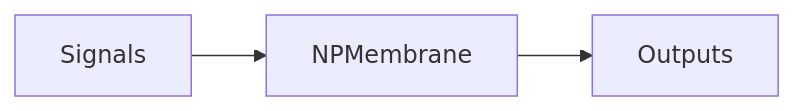
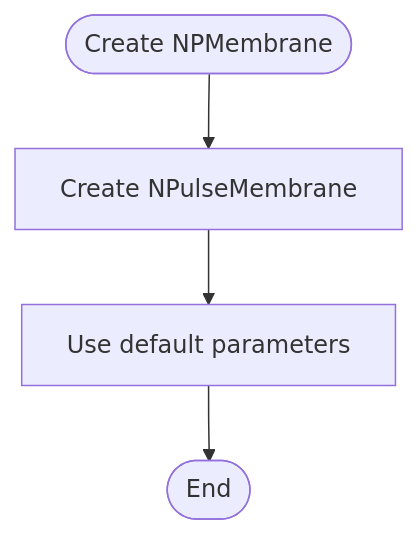
Before and after one commit to aicommunity/Nmsdk-PulseLib: the fifth of 6 diagrams in Docs/Components/NPMembrane.md, drawn with Mermaid. The commit also changed other lines of this file and 196 other files, not shown here.

````diff
--- a/Docs/Components/NPMembrane.md
+++ b/Docs/Components/NPMembrane.md
@@ -72,5 +136,6 @@
 ```mermaid
-flowchart LR
-    sig[Signals] --> x[NPMembrane]
-    x --> out[Outputs]
+flowchart TD
+    Start([Create NPMembrane]) --> CreateInstance[Create NPulseMembrane]
+    CreateInstance --> UseDefault[Use default parameters]
+    UseDefault --> End([End])
 ```
````
